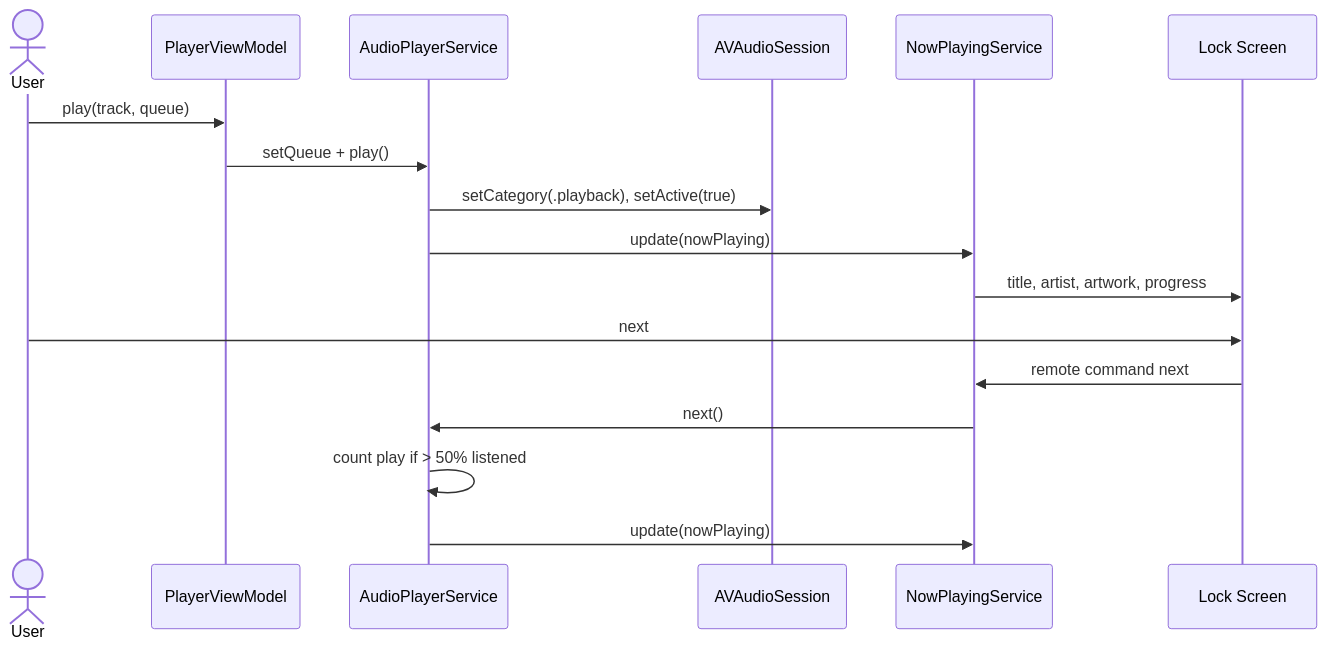
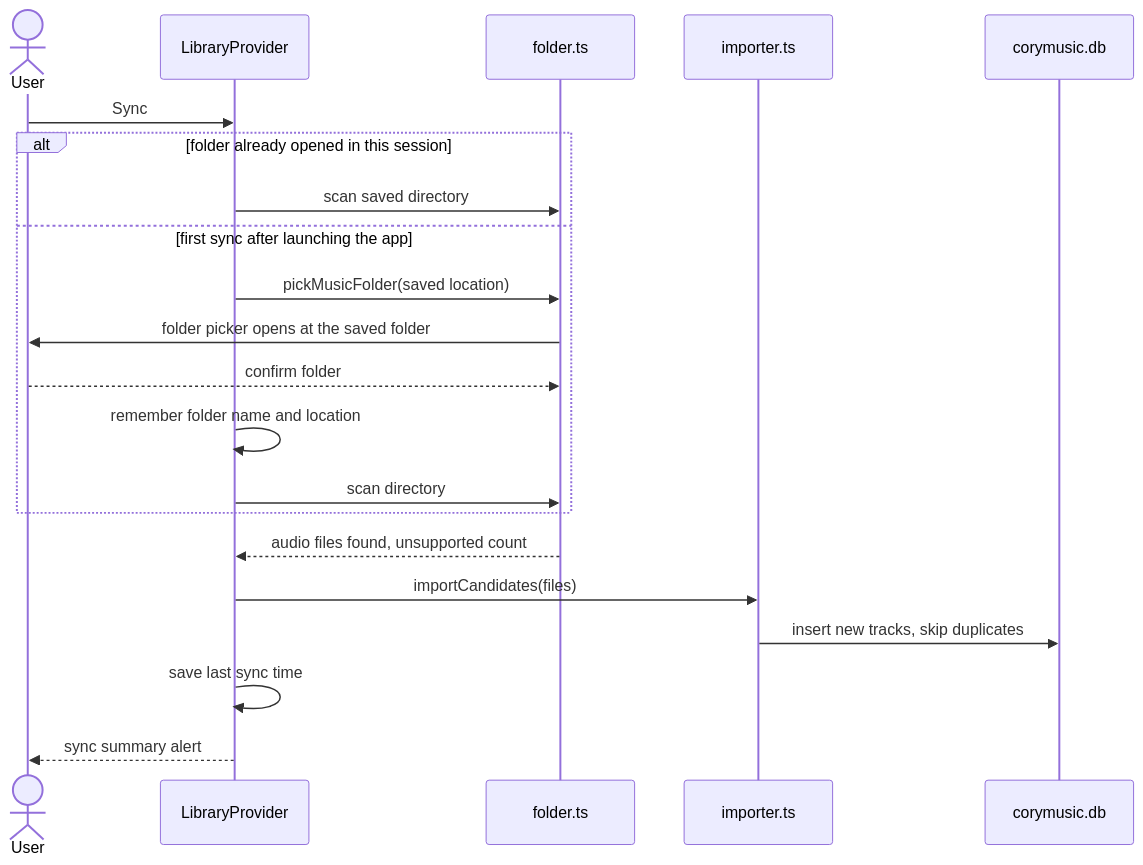
The third of 4 diagrams in docs/ARCHITECTURE.md (sabrinasalomon/CoryMusic), drawn with Mermaid before and after one commit. The commit also changed other lines of this file and 68 other files, not shown here.

````diff
--- a/docs/ARCHITECTURE.md
+++ b/docs/ARCHITECTURE.md
@@ -138,20 +114,24 @@
 ```mermaid
 sequenceDiagram
     actor U as User
-    participant PVM as PlayerViewModel
-    participant AP as AudioPlayerService
-    participant AS as AVAudioSession
-    participant NP as NowPlayingService
-    participant LS as Lock Screen
+    participant LP as LibraryProvider
+    participant FO as folder.ts
+    participant IM as importer.ts
+    participant DB as corymusic.db
 
-    U->>PVM: play(track, queue)
-    PVM->>AP: setQueue + play()
-    AP->>AS: setCategory(.playback), setActive(true)
-    AP->>NP: update(nowPlaying)
-    NP->>LS: title, artist, artwork, progress
-    U->>LS: next
-    LS->>NP: remote command next
-    NP->>AP: next()
-    AP->>AP: count play if > 50% listened
-    AP->>NP: update(nowPlaying)
+    U->>LP: Sync
+    alt folder already opened in this session
+        LP->>FO: scan saved directory
+    else first sync after launching the app
+        LP->>FO: pickMusicFolder(saved location)
+        FO->>U: folder picker opens at the saved folder
+        U-->>FO: confirm folder
+        LP->>LP: remember folder name and location
+        LP->>FO: scan directory
+    end
+    FO-->>LP: audio files found, unsupported count
+    LP->>IM: importCandidates(files)
+    IM->>DB: insert new tracks, skip duplicates
+    LP->>LP: save last sync time
+    LP-->>U: sync summary alert
 ```
````
